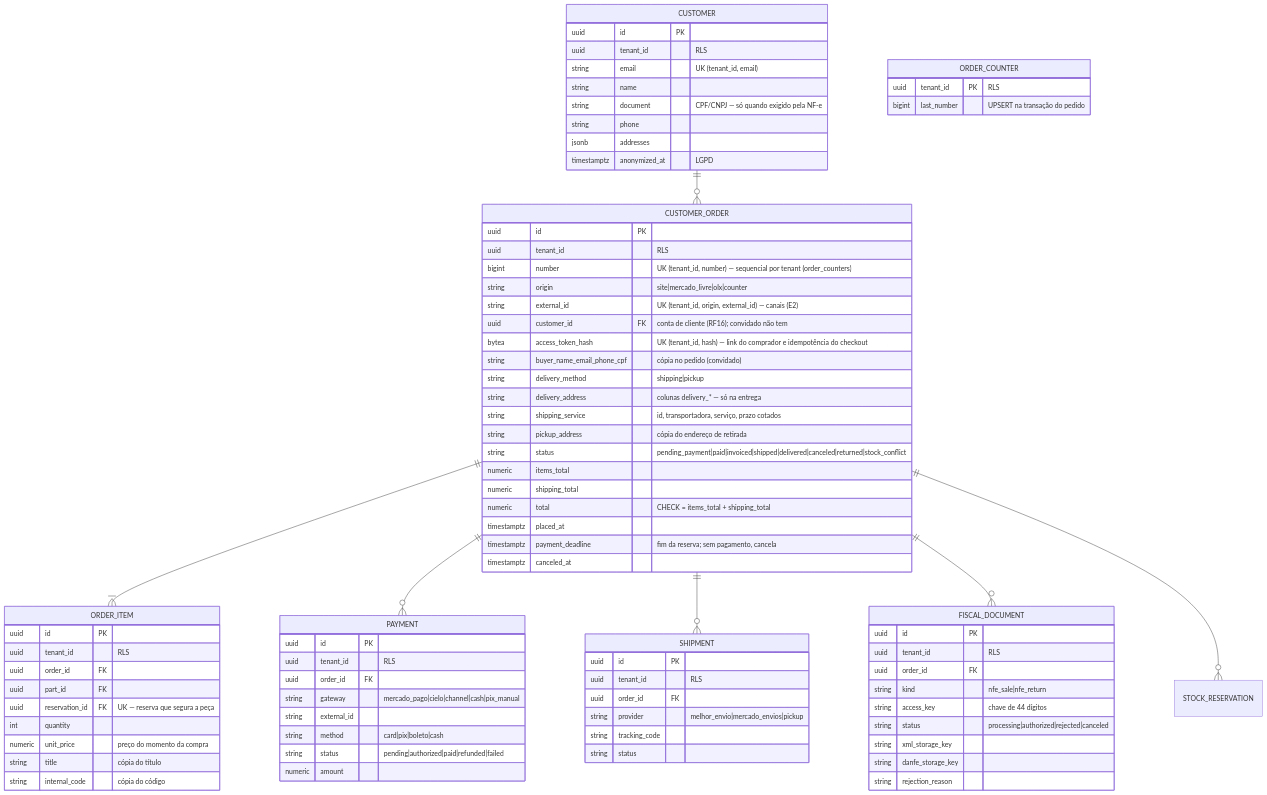
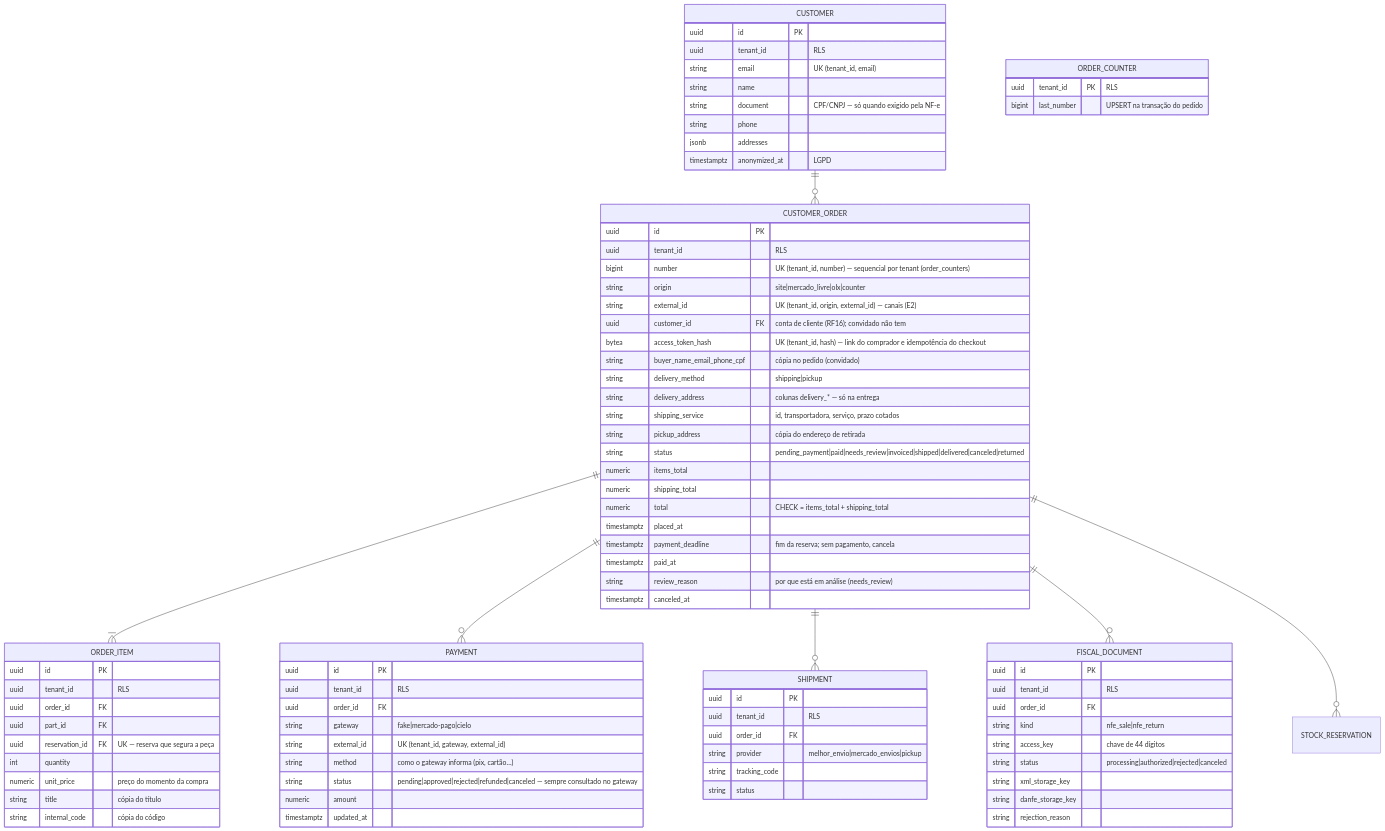
One commit to silvado/ecomm changed the third of 4 diagrams in docs/modelo-dados.md. Above: the diagram before and after it, drawn with Mermaid. The commit also changed other lines of this file and 30 other files, not shown here.

Commit message:
Adiciona pagamento por gateway com webhook idempotente e gateway simulado (RF15)

```diff
--- a/docs/modelo-dados.md
+++ b/docs/modelo-dados.md
@@ -272,12 +272,14 @@
         string delivery_address "colunas delivery_* — só na entrega"
         string shipping_service "id, transportadora, serviço, prazo cotados"
         string pickup_address "cópia do endereço de retirada"
-        string status "pending_payment|paid|invoiced|shipped|delivered|canceled|returned|stock_conflict"
+        string status "pending_payment|paid|needs_review|invoiced|shipped|delivered|canceled|returned"
         numeric items_total
         numeric shipping_total
         numeric total "CHECK = items_total + shipping_total"
         timestamptz placed_at
         timestamptz payment_deadline "fim da reserva; sem pagamento, cancela"
+        timestamptz paid_at
+        string review_reason "por que está em análise (needs_review)"
         timestamptz canceled_at
     }
     ORDER_ITEM {
@@ -299,11 +301,12 @@
         uuid id PK
         uuid tenant_id "RLS"
         uuid order_id FK
-        string gateway "mercado_pago|cielo|channel|cash|pix_manual"
-        string external_id
-        string method "card|pix|boleto|cash"
-        string status "pending|authorized|paid|refunded|failed"
+        string gateway "fake|mercado-pago|cielo"
+        string external_id "UK (tenant_id, gateway, external_id)"
+        string method "como o gateway informa (pix, cartão…)"
+        string status "pending|approved|rejected|refunded|canceled — sempre consultado no gateway"
         numeric amount
+        timestamptz updated_at
     }
     SHIPMENT {
         uuid id PK
```
